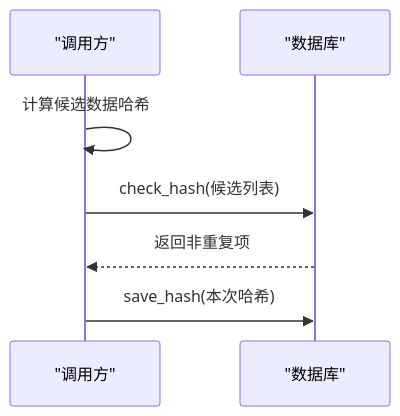
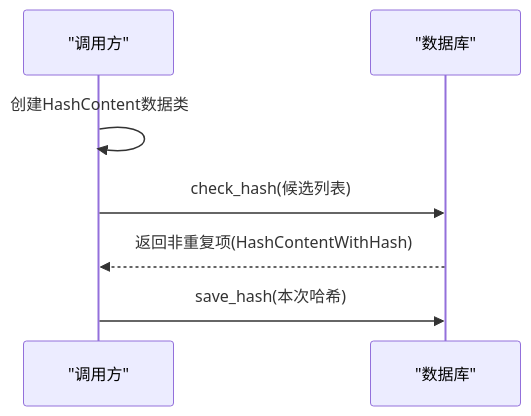
One commit to iverwong/DataLife changed the eighth of 8 diagrams in .qoder/repowiki/zh/content/核心模块详解/数据库管理模块.md. Above: the diagram before and after it, drawn with Mermaid. The commit also changed other lines of this file and 14 other files, not shown here.

````diff
--- a/.qoder/repowiki/zh/content/核心模块详解/数据库管理模块.md
+++ b/.qoder/repowiki/zh/content/核心模块详解/数据库管理模块.md
@@ -365,9 +390,9 @@
 ```mermaid
 sequenceDiagram
 participant Caller as "调用方"
 participant DB as "数据库"
-Caller->>Caller : 计算候选数据哈希
+Caller->>Caller : 创建HashContent数据类
 Caller->>DB : check_hash(候选列表)
-DB-->>Caller : 返回非重复项
+DB-->>Caller : 返回非重复项(HashContentWithHash)
 Caller->>DB : save_hash(本次哈希)
 ```
````
